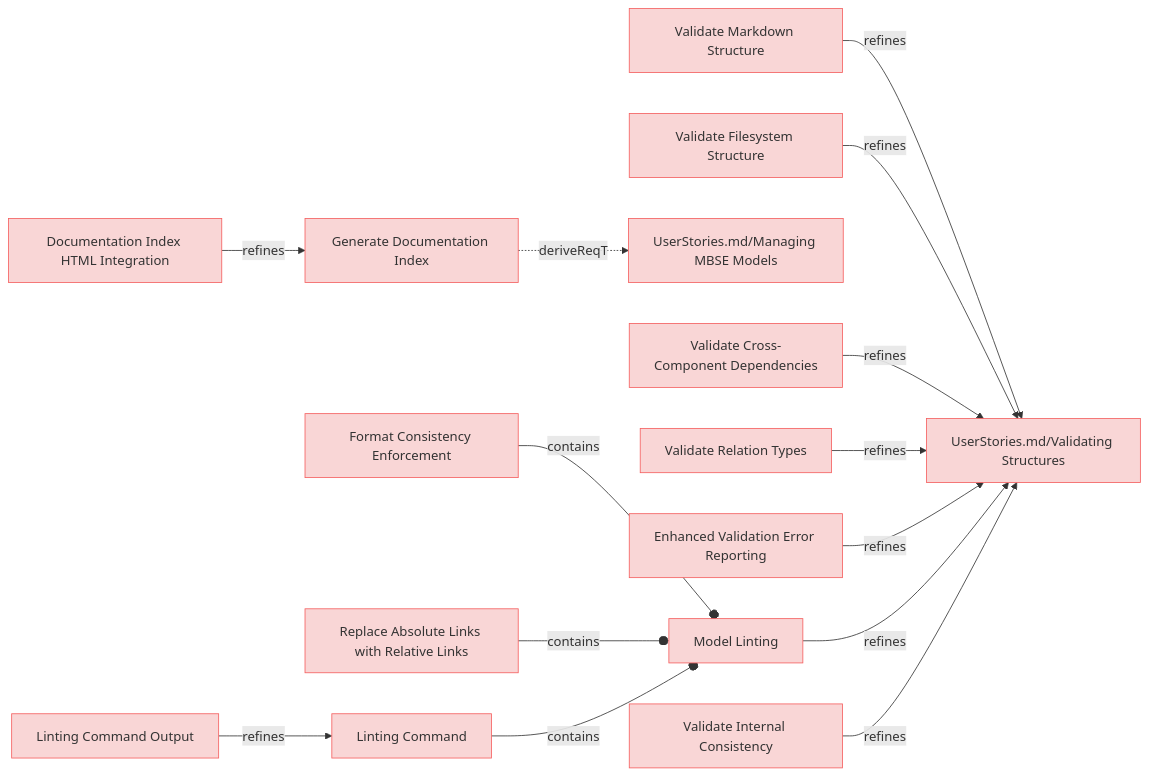
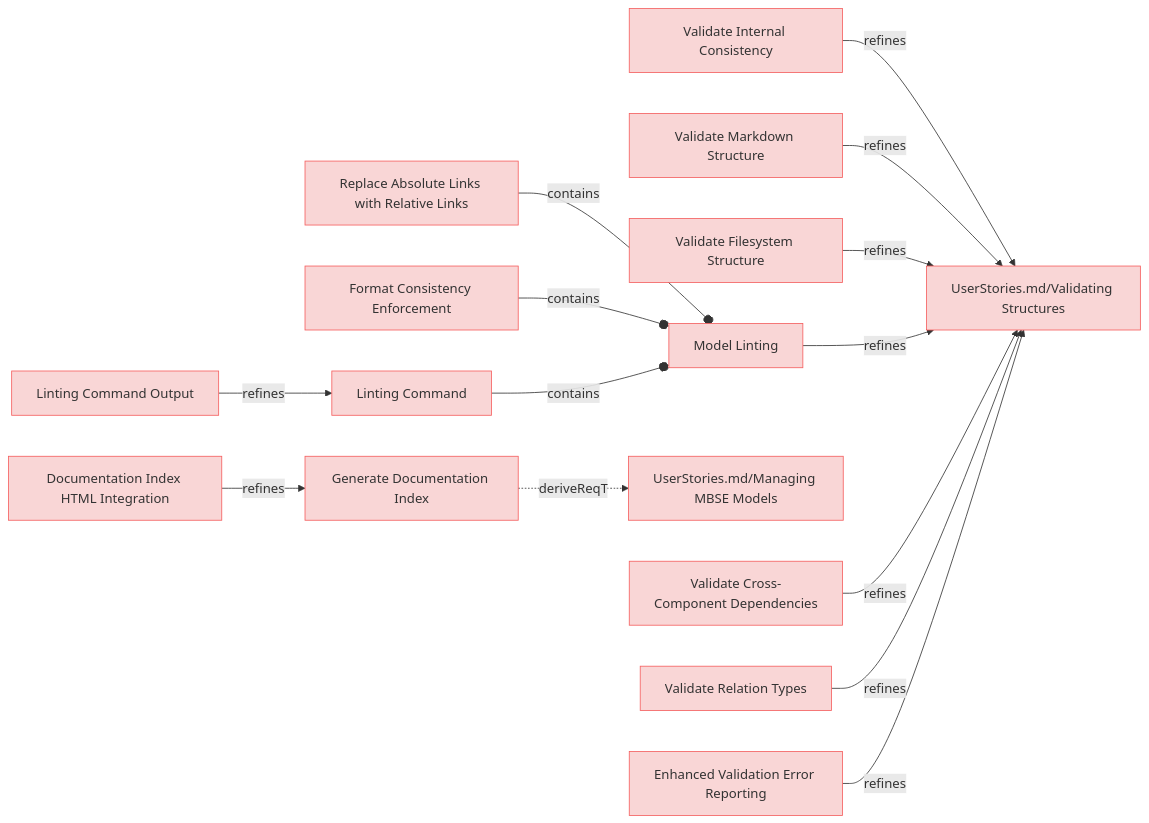
The third of 9 diagrams in specifications/UserRequirements.md (reqvire-org/reqvire), drawn with Mermaid before and after one commit. The commit also changed other lines of this file and 72 other files, not shown here.

Commit message:
Major rework of the logic in reqvire. It uses git repository root as root folder and everything else is relative to it. External folders and specifications folder concept has been deprecated.

````diff
--- a/specifications/UserRequirements.md
+++ b/specifications/UserRequirements.md
@@ -147,67 +147,67 @@
 ```mermaid
 graph LR;
   %% Graph styling
   classDef requirement fill:#f9d6d6,stroke:#f55f5f,stroke-width:1px;
   classDef verification fill:#d6f9d6,stroke:#5fd75f,stroke-width:1px;
   classDef externalLink fill:#d0e0ff,stroke:#3080ff,stroke-width:1px;
   classDef default fill:#f5f5f5,stroke:#333333,stroke-width:1px;
 
-  1ddbeea0cf8eaad5["Format Consistency Enforcement"];
-  click 1ddbeea0cf8eaad5 "https://github.com/Reqvire/reqvire/blob/ad88ba6b828e94c93382866fefd058c011c1ac60/specifications/UserRequirements.md#format-consistency-enforcement";
-  class 1ddbeea0cf8eaad5 requirement;
+  f9182ad2999d989c["Validate Internal Consistency"];
+  click f9182ad2999d989c "UserRequirements.md#validate-internal-consistency";
+  class f9182ad2999d989c requirement;
+  a0f9571f6563d9d3["UserStories.md/Validating Structures"];
+  class a0f9571f6563d9d3 requirement;
+  click a0f9571f6563d9d3 "UserStories.md#validating-structures";
+  f9182ad2999d989c -->|refines| a0f9571f6563d9d3;
+  229bb675bac39dc9["Replace Absolute Links with Relative Links"];
+  click 229bb675bac39dc9 "UserRequirements.md#replace-absolute-links-with-relative-links";
+  class 229bb675bac39dc9 requirement;
   84c4dc11e82e8638["Model Linting"];
   class 84c4dc11e82e8638 requirement;
-  click 84c4dc11e82e8638 "https://github.com/Reqvire/reqvire/blob/ad88ba6b828e94c93382866fefd058c011c1ac60/specifications/UserRequirements.md#model-linting";
-  1ddbeea0cf8eaad5 --o|contains| 84c4dc11e82e8638;
-  229bb675bac39dc9["Replace Absolute Links with Relative Links"];
-  click 229bb675bac39dc9 "https://github.com/Reqvire/reqvire/blob/ad88ba6b828e94c93382866fefd058c011c1ac60/specifications/UserRequirements.md#replace-absolute-links-with-relative-links";
-  class 229bb675bac39dc9 requirement;
+  click 84c4dc11e82e8638 "UserRequirements.md#model-linting";
   229bb675bac39dc9 --o|contains| 84c4dc11e82e8638;
+  7ec3cb7f400a2e8d["Validate Markdown Structure"];
+  click 7ec3cb7f400a2e8d "UserRequirements.md#validate-markdown-structure";
+  class 7ec3cb7f400a2e8d requirement;
+  7ec3cb7f400a2e8d -->|refines| a0f9571f6563d9d3;
+  c390b990a63def2a["Validate Filesystem Structure"];
+  click c390b990a63def2a "UserRequirements.md#validate-filesystem-structure";
+  class c390b990a63def2a requirement;
+  c390b990a63def2a -->|refines| a0f9571f6563d9d3;
+  9019be8bfdc22b35["Generate Documentation Index"];
+  click 9019be8bfdc22b35 "UserRequirements.md#generate-documentation-index";
+  class 9019be8bfdc22b35 requirement;
+  c75ac8fa29479ca5["UserStories.md/Managing MBSE Models"];
+  class c75ac8fa29479ca5 requirement;
+  click c75ac8fa29479ca5 "UserStories.md#managing-mbse-models";
+  9019be8bfdc22b35 -.->|deriveReqT| c75ac8fa29479ca5;
+  b5146db7aedfd66["Documentation Index HTML Integration"];
+  click b5146db7aedfd66 "UserRequirements.md#documentation-index-html-integration";
+  class b5146db7aedfd66 requirement;
+  b5146db7aedfd66 -->|refines| 9019be8bfdc22b35;
+  84c4dc11e82e8638 -->|refines| a0f9571f6563d9d3;
+  ee05a46627b568b7["Validate Cross-Component Dependencies"];
+  click ee05a46627b568b7 "UserRequirements.md#validate-cross-component-dependencies";
+  class ee05a46627b568b7 requirement;
+  ee05a46627b568b7 -->|refines| a0f9571f6563d9d3;
   62c066a5aad4dafe["Linting Command Output"];
-  click 62c066a5aad4dafe "https://github.com/Reqvire/reqvire/blob/ad88ba6b828e94c93382866fefd058c011c1ac60/specifications/UserRequirements.md#linting-command-output";
+  click 62c066a5aad4dafe "UserRequirements.md#linting-command-output";
   class 62c066a5aad4dafe requirement;
   28b0f9fa78937e61["Linting Command"];
   class 28b0f9fa78937e61 requirement;
-  click 28b0f9fa78937e61 "https://github.com/Reqvire/reqvire/blob/ad88ba6b828e94c93382866fefd058c011c1ac60/specifications/UserRequirements.md#linting-command";
+  click 28b0f9fa78937e61 "UserRequirements.md#linting-command";
   62c066a5aad4dafe -->|refines| 28b0f9fa78937e61;
-  7ec3cb7f400a2e8d["Validate Markdown Structure"];
-  click 7ec3cb7f400a2e8d "https://github.com/Reqvire/reqvire/blob/ad88ba6b828e94c93382866fefd058c011c1ac60/specifications/UserRequirements.md#validate-markdown-structure";
-  class 7ec3cb7f400a2e8d requirement;
-  a0f9571f6563d9d3["UserStories.md/Validating Structures"];
-  class a0f9571f6563d9d3 requirement;
-  click a0f9571f6563d9d3 "https://github.com/Reqvire/reqvire/blob/ad88ba6b828e94c93382866fefd058c011c1ac60/specifications/UserStories.md#validating-structures";
-  7ec3cb7f400a2e8d -->|refines| a0f9571f6563d9d3;
-  b5146db7aedfd66["Documentation Index HTML Integration"];
-  click b5146db7aedfd66 "https://github.com/Reqvire/reqvire/blob/ad88ba6b828e94c93382866fefd058c011c1ac60/specifications/UserRequirements.md#documentation-index-html-integration";
-  class b5146db7aedfd66 requirement;
-  9019be8bfdc22b35["Generate Documentation Index"];
-  class 9019be8bfdc22b35 requirement;
-  click 9019be8bfdc22b35 "https://github.com/Reqvire/reqvire/blob/ad88ba6b828e94c93382866fefd058c011c1ac60/specifications/UserRequirements.md#generate-documentation-index";
-  b5146db7aedfd66 -->|refines| 9019be8bfdc22b35;
-  c75ac8fa29479ca5["UserStories.md/Managing MBSE Models"];
-  class c75ac8fa29479ca5 requirement;
-  click c75ac8fa29479ca5 "https://github.com/Reqvire/reqvire/blob/ad88ba6b828e94c93382866fefd058c011c1ac60/specifications/UserStories.md#managing-mbse-models";
-  9019be8bfdc22b35 -.->|deriveReqT| c75ac8fa29479ca5;
-  c390b990a63def2a["Validate Filesystem Structure"];
-  click c390b990a63def2a "https://github.com/Reqvire/reqvire/blob/ad88ba6b828e94c93382866fefd058c011c1ac60/specifications/UserRequirements.md#validate-filesystem-structure";
-  class c390b990a63def2a requirement;
-  c390b990a63def2a -->|refines| a0f9571f6563d9d3;
-  28b0f9fa78937e61 --o|contains| 84c4dc11e82e8638;
-  ee05a46627b568b7["Validate Cross-Component Dependencies"];
-  click ee05a46627b568b7 "https://github.com/Reqvire/reqvire/blob/ad88ba6b828e94c93382866fefd058c011c1ac60/specifications/UserRequirements.md#validate-cross-component-dependencies";
-  class ee05a46627b568b7 requirement;
-  ee05a46627b568b7 -->|refines| a0f9571f6563d9d3;
   8a3ca9461643d887["Validate Relation Types"];
-  click 8a3ca9461643d887 "https://github.com/Reqvire/reqvire/blob/ad88ba6b828e94c93382866fefd058c011c1ac60/specifications/UserRequirements.md#validate-relation-types";
+  click 8a3ca9461643d887 "UserRequirements.md#validate-relation-types";
   class 8a3ca9461643d887 requirement;
   8a3ca9461643d887 -->|refines| a0f9571f6563d9d3;
+  1ddbeea0cf8eaad5["Format Consistency Enforcement"];
+  click 1ddbeea0cf8eaad5 "UserRequirements.md#format-consistency-enforcement";
+  class 1ddbeea0cf8eaad5 requirement;
+  1ddbeea0cf8eaad5 --o|contains| 84c4dc11e82e8638;
+  28b0f9fa78937e61 --o|contains| 84c4dc11e82e8638;
   3d2fe0b05ff9c8e3["Enhanced Validation Error Reporting"];
-  click 3d2fe0b05ff9c8e3 "https://github.com/Reqvire/reqvire/blob/ad88ba6b828e94c93382866fefd058c011c1ac60/specifications/UserRequirements.md#enhanced-validation-error-reporting";
+  click 3d2fe0b05ff9c8e3 "UserRequirements.md#enhanced-validation-error-reporting";
   class 3d2fe0b05ff9c8e3 requirement;
   3d2fe0b05ff9c8e3 -->|refines| a0f9571f6563d9d3;
-  84c4dc11e82e8638 -->|refines| a0f9571f6563d9d3;
-  f9182ad2999d989c["Validate Internal Consistency"];
-  click f9182ad2999d989c "https://github.com/Reqvire/reqvire/blob/ad88ba6b828e94c93382866fefd058c011c1ac60/specifications/UserRequirements.md#validate-internal-consistency";
-  class f9182ad2999d989c requirement;
-  f9182ad2999d989c -->|refines| a0f9571f6563d9d3;
 ```
````
